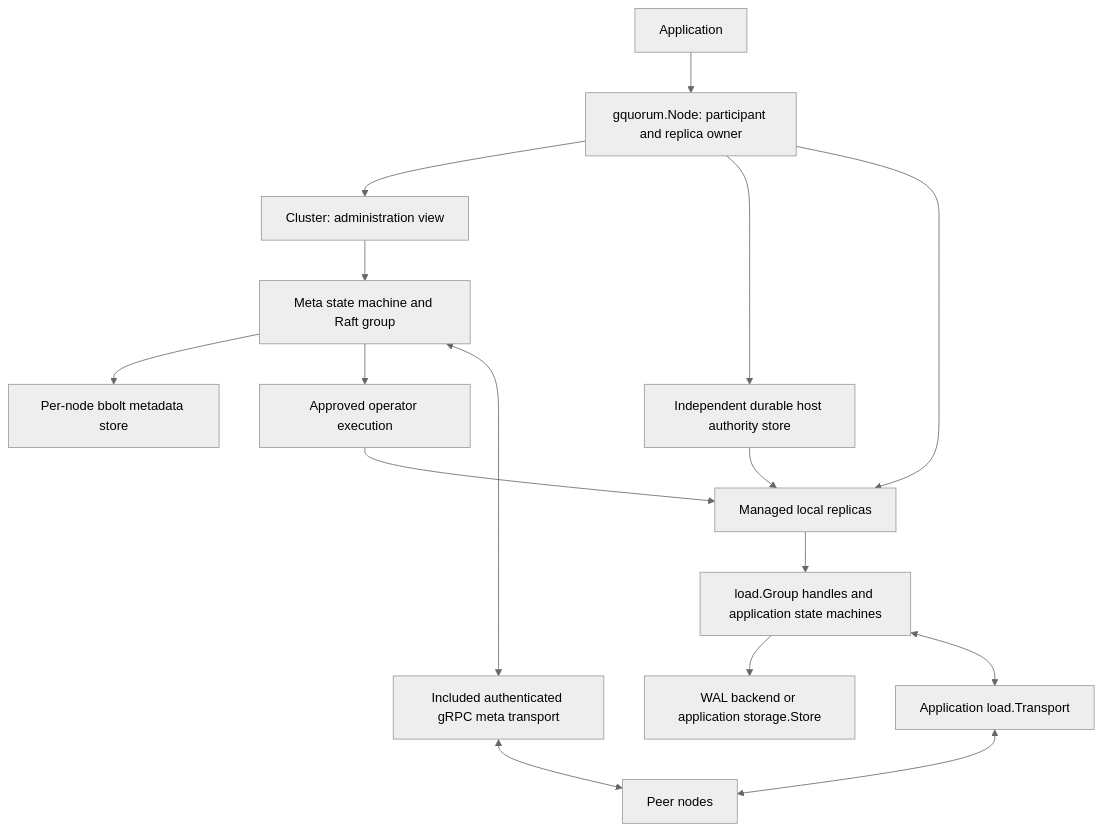
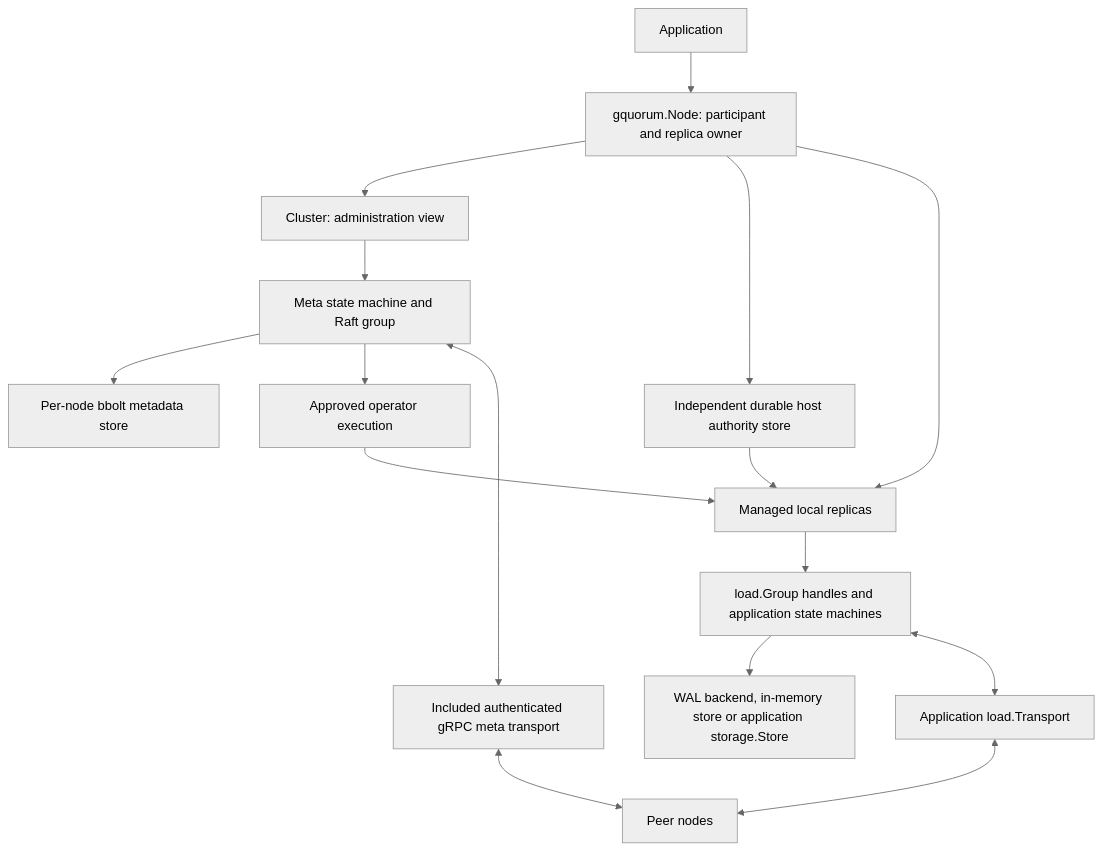
The diagram in docs/architecture/raft.md (asalimonov/gquorum), drawn with Mermaid (neutral theme) before and after one commit. The commit also changed other lines of this file and 654 other files, not shown here.

````diff
--- a/docs/architecture/raft.md
+++ b/docs/architecture/raft.md
@@ -80,18 +80,18 @@
 ```mermaid
 flowchart TD
     App[Application] --> Node[gquorum.Node: participant and replica owner]
     Node --> Cluster[Cluster: administration view]
     Cluster --> Meta[Meta state machine and Raft group]
     Meta --> MetaStore[Per-node bbolt metadata store]
     Node --> AuthorityStore[Independent durable host authority store]
     Meta --> Operator[Approved operator execution]
     Operator --> Managed[Managed local replicas]
     Node --> Managed
     AuthorityStore --> Managed
     Managed --> Loads[load.Group handles and application state machines]
-    Loads --> LoadStore[WAL backend or application storage.Store]
+    Loads --> LoadStore[WAL backend, in-memory store or application storage.Store]
     Meta <--> MetaNet[Included authenticated gRPC meta transport]
     Loads <--> LoadNet[Application load.Transport]
     MetaNet <--> Peers[Peer nodes]
     LoadNet <--> Peers
 ```
````
